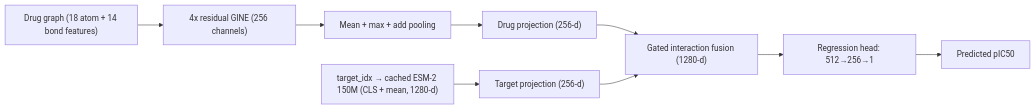
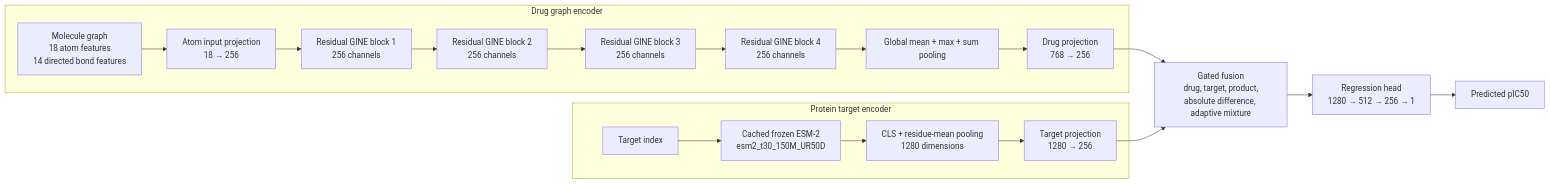
The diagram in README.md (pranav-illendula/Cold-Start-Drug-Target-Interaction-Prediction), drawn with Mermaid before and after one commit. The commit also changed other lines of this file, not shown here.

````diff
--- a/README.md
+++ b/README.md
@@ -44,11 +7,21 @@
 ```mermaid
 flowchart LR
-  A["Drug graph (18 atom + 14 bond features)"] --> B["4x residual GINE (256 channels)"]
-  B --> C["Mean + max + add pooling"]
-  C --> D["Drug projection (256-d)"]
-  E["target_idx → cached ESM-2 150M (CLS + mean, 1280-d)"] --> F["Target projection (256-d)"]
-  D --> G["Gated interaction fusion (1280-d)"]
-  F --> G
-  G --> H["Regression head: 512→256→1"]
-  H --> I["Predicted pIC50"]
+  subgraph Drug["Drug graph encoder"]
+    A["Molecule graph<br/>18 atom features<br/>14 directed bond features"] --> B["Atom input projection<br/>18 → 256"]
+    B --> C["Residual GINE block 1<br/>256 channels"]
+    C --> D["Residual GINE block 2<br/>256 channels"]
+    D --> E["Residual GINE block 3<br/>256 channels"]
+    E --> F["Residual GINE block 4<br/>256 channels"]
+    F --> G["Global mean + max + sum pooling"]
+    G --> H["Drug projection<br/>768 → 256"]
+  end
+  subgraph Protein["Protein target encoder"]
+    I["Target index"] --> J["Cached frozen ESM-2<br/>esm2_t30_150M_UR50D"]
+    J --> K["CLS + residue-mean pooling<br/>1280 dimensions"]
+    K --> L["Target projection<br/>1280 → 256"]
+  end
+  H --> M["Gated fusion<br/>drug, target, product,<br/>absolute difference, adaptive mixture"]
+  L --> M
+  M --> N["Regression head<br/>1280 → 512 → 256 → 1"]
+  N --> O["Predicted pIC50"]
 ```
````
